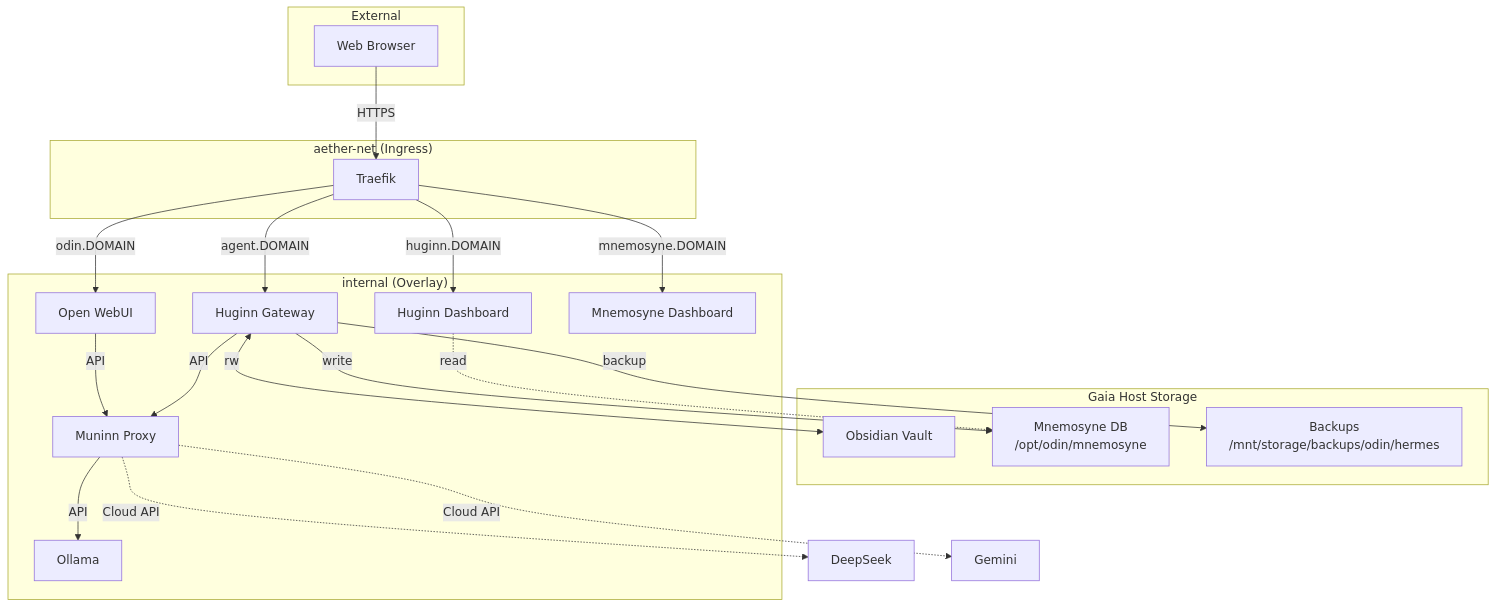
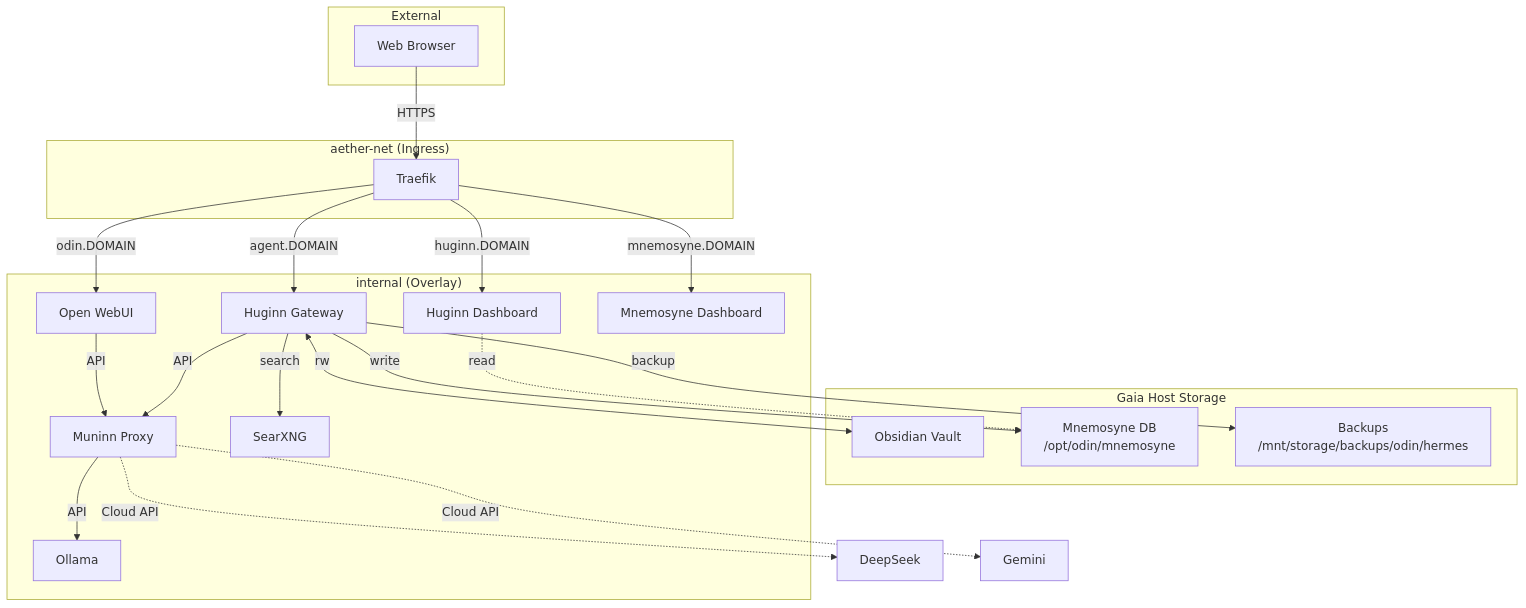
One commit to yggdrasil-lab/odin changed the diagram in README.md. Above: the diagram before and after it, drawn with Mermaid. The commit also changed other lines of this file, not shown here.

Commit message:
docs: add SearXNG to README services table and architecture diagram

````diff
--- a/README.md
+++ b/README.md
@@ -25,42 +24,44 @@
 ```mermaid
 graph TD
     subgraph External ["External"]
         Browser[Web Browser]
     end
 
     subgraph Host ["Gaia Host Storage"]
         Obsidian["Obsidian Vault"]
         MnemosyneDB["Mnemosyne DB<br>/opt/odin/mnemosyne"]
         Backup["Backups<br>/mnt/storage/backups/odin/hermes"]
     end
 
     subgraph Aether ["aether-net (Ingress)"]
         Traefik[Traefik]
     end
 
     subgraph Internal ["internal (Overlay)"]
         OpenWebUI[Open WebUI]
         Ollama[Ollama]
         Gateway[Huginn Gateway]
         Dashboard[Huginn Dashboard]
         MnemosyneVis[Mnemosyne Dashboard]
         Muninn[Muninn Proxy]
+        SearXNG[SearXNG]
     end
 
     Browser -->|HTTPS| Traefik
     Traefik -->|odin.DOMAIN| OpenWebUI
     Traefik -->|agent.DOMAIN| Gateway
     Traefik -->|huginn.DOMAIN| Dashboard
     Traefik -->|mnemosyne.DOMAIN| MnemosyneVis
 
     OpenWebUI -->|API| Muninn
     Gateway -->|API| Muninn
     Muninn -->|API| Ollama
     Muninn -.->|Cloud API| DeepSeek
     Muninn -.->|Cloud API| Gemini
 
     Gateway <-->|rw| Obsidian
+    Gateway -->|search| SearXNG
     Gateway -->|write| MnemosyneDB
     Dashboard -.->|read| MnemosyneDB
     Gateway -->|backup| Backup
 ```
````
